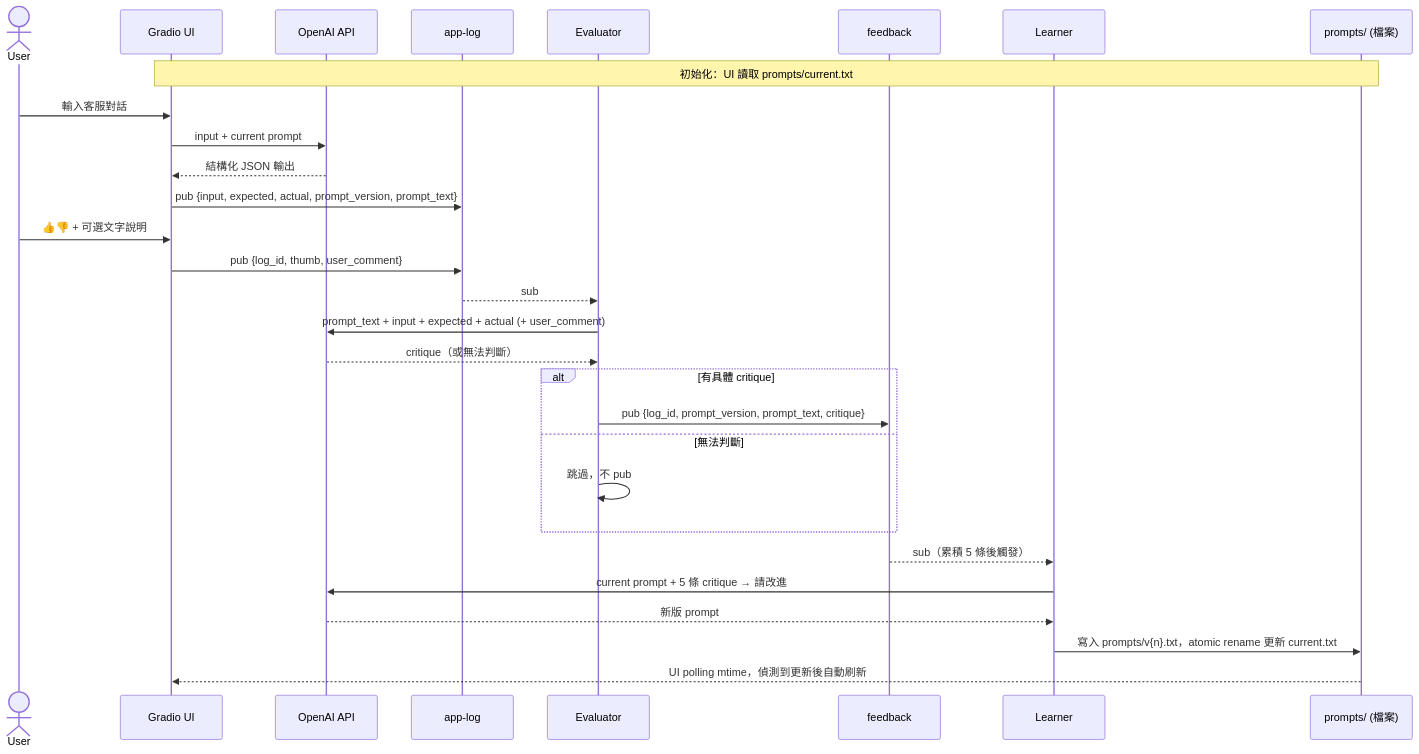
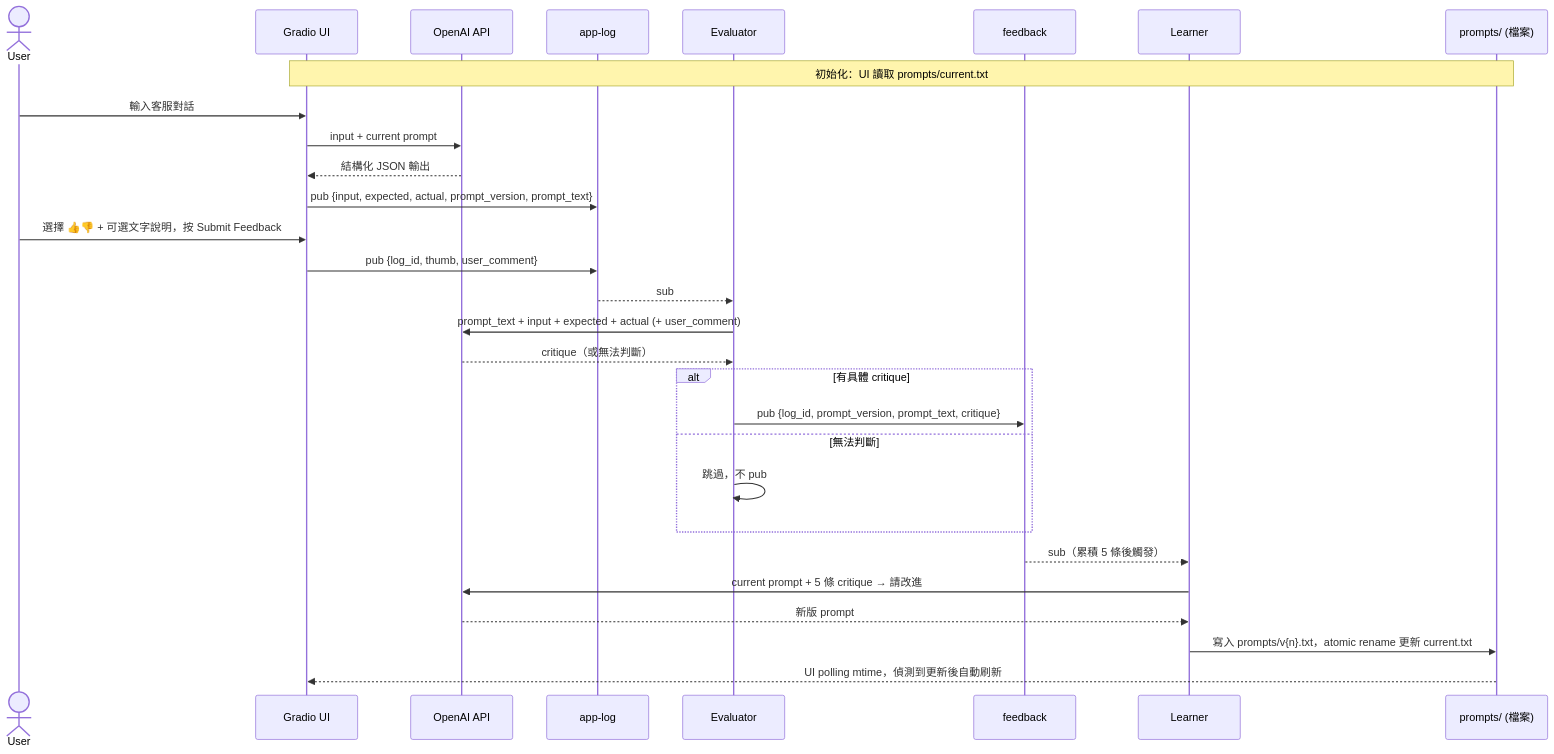
The second of 2 diagrams in plan.md (zhowzeng/flywheel), drawn with Mermaid before and after one commit. The commit also changed other lines of this file and 3 other files, not shown here.

````diff
--- a/plan.md
+++ b/plan.md
@@ -47,37 +47,37 @@
 ```mermaid
 sequenceDiagram
     actor User
     participant UI as Gradio UI
     participant OAI as OpenAI API
     participant AL as app-log
     participant EV as Evaluator
     participant FB as feedback
     participant LR as Learner
     participant PS as prompts/ (檔案)
 
     Note over UI,PS: 初始化：UI 讀取 prompts/current.txt
 
     User->>UI: 輸入客服對話
     UI->>OAI: input + current prompt
     OAI-->>UI: 結構化 JSON 輸出
     UI->>AL: pub {input, expected, actual, prompt_version, prompt_text}
 
-    User->>UI: 👍👎 + 可選文字說明
+    User->>UI: 選擇 👍👎 + 可選文字說明，按 Submit Feedback
     UI->>AL: pub {log_id, thumb, user_comment}
 
     AL-->>EV: sub
     EV->>OAI: prompt_text + input + expected + actual (+ user_comment)
     OAI-->>EV: critique（或無法判斷）
     alt 有具體 critique
         EV->>FB: pub {log_id, prompt_version, prompt_text, critique}
     else 無法判斷
         EV->>EV: 跳過，不 pub
     end
 
     FB-->>LR: sub（累積 5 條後觸發）
     LR->>OAI: current prompt + 5 條 critique → 請改進
     OAI-->>LR: 新版 prompt
     LR->>PS: 寫入 prompts/v{n}.txt，atomic rename 更新 current.txt
 
     PS-->>UI: UI polling mtime，偵測到更新後自動刷新
 ```
````
